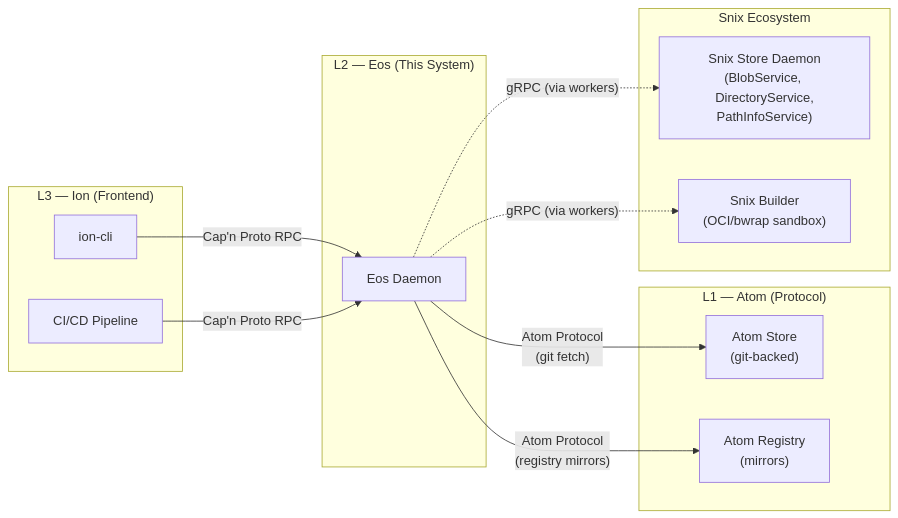
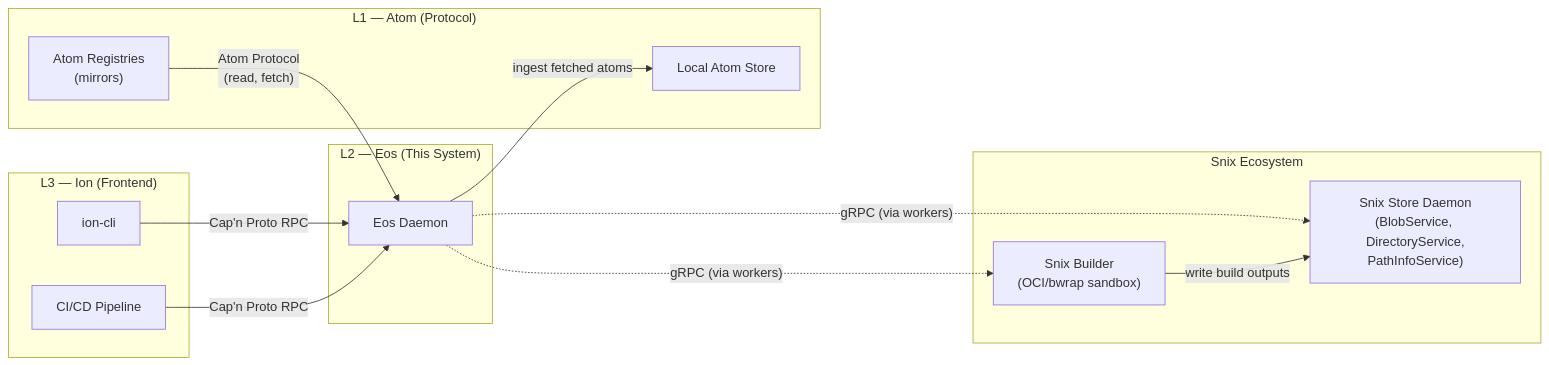
The first of 10 diagrams in docs/architecture/eos-sad.md (axiosoph/axios), drawn with Mermaid before and after one commit. The commit also changed other lines of this file, not shown here.

````diff
--- a/docs/architecture/eos-sad.md
+++ b/docs/architecture/eos-sad.md
@@ -32,28 +32,29 @@
 ```mermaid
 graph LR
     subgraph "L3 — Ion (Frontend)"
         CLI["ion-cli"]
         CI["CI/CD Pipeline"]
     end
 
     subgraph "L2 — Eos (This System)"
         EOD["Eos Daemon"]
     end
 
     subgraph "L1 — Atom (Protocol)"
-        AS["Atom Store<br/>(git-backed)"]
-        AR["Atom Registry<br/>(mirrors)"]
+        AS["Local Atom Store"]
+        AR["Atom Registries<br/>(mirrors)"]
     end
 
     subgraph "Snix Ecosystem"
         SSD["Snix Store Daemon<br/>(BlobService, DirectoryService,<br/>PathInfoService)"]
         SB["Snix Builder<br/>(OCI/bwrap sandbox)"]
     end
 
     CLI -->|"Cap'n Proto RPC"| EOD
     CI -->|"Cap'n Proto RPC"| EOD
-    EOD -->|"Atom Protocol<br/>(git fetch)"| AS
-    EOD -->|"Atom Protocol<br/>(registry mirrors)"| AR
-    EOD -.->|"gRPC (via workers)"| SSD
-    EOD -.->|"gRPC (via workers)"| SB
+    AR -->|"Atom Protocol<br/>(read, fetch)"| EOD
+    EOD -->|"ingest fetched atoms"| AS
+    EOD -..->|"gRPC (via workers)"| SSD
+    EOD -..->|"gRPC (via workers)"| SB
+    SB -->|"write build outputs"| SSD
 ```
````
